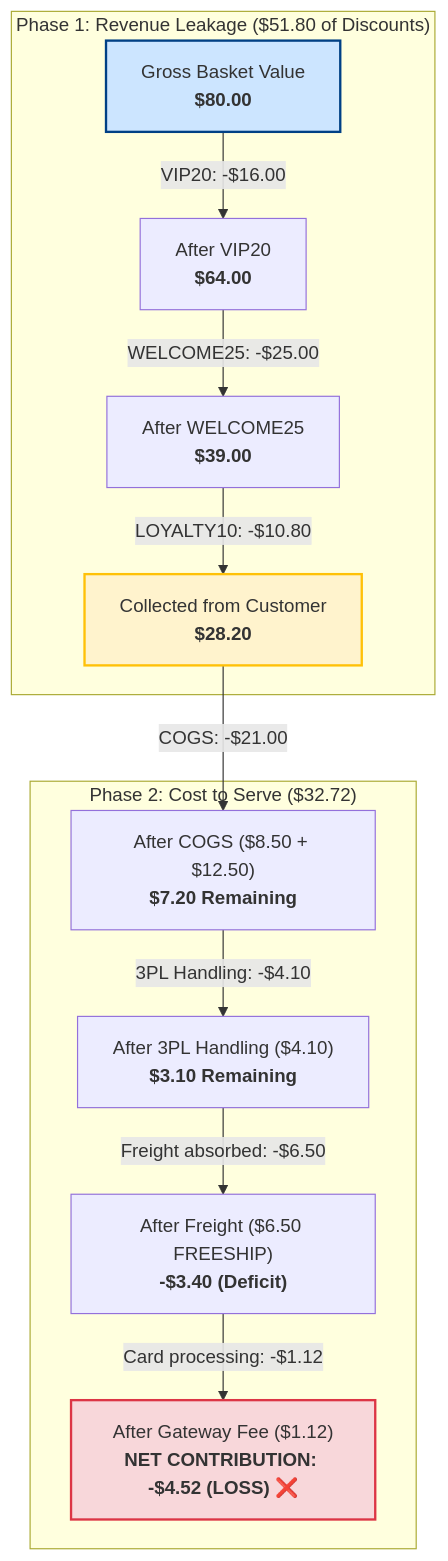
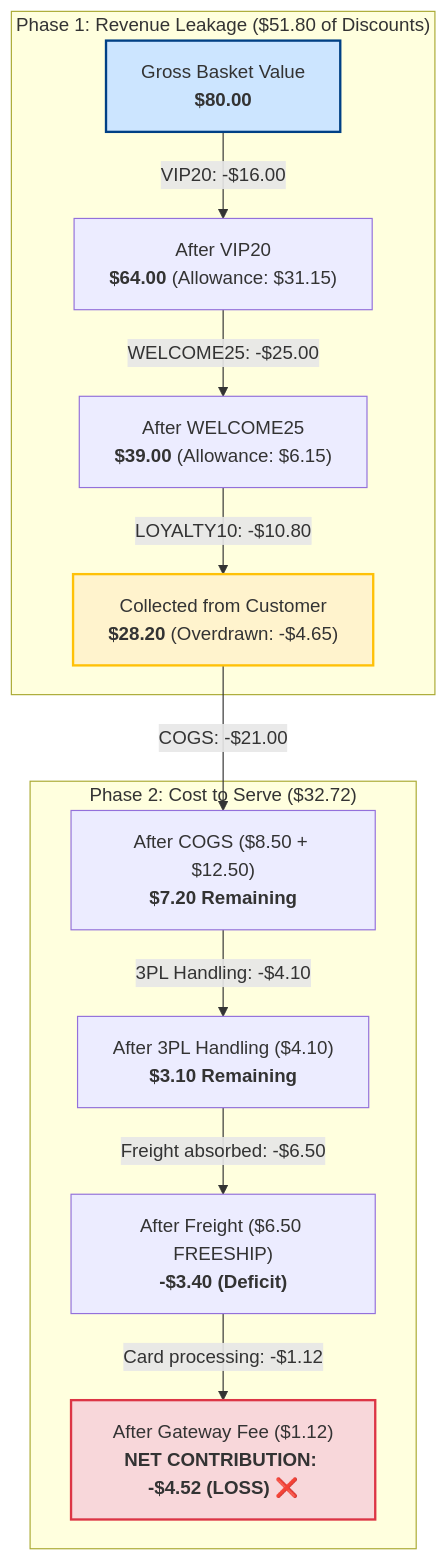
The fifth of 6 diagrams in domain-5-technical-diagnosis/MasterDossier-Domain5-MarginDefenseAndCartDiagnostics.md (riovicsusas/portfolio), drawn with Mermaid before and after one commit. The commit also changed other lines of this file, not shown here.

````diff
--- a/domain-5-technical-diagnosis/MasterDossier-Domain5-MarginDefenseAndCartDiagnostics.md
+++ b/domain-5-technical-diagnosis/MasterDossier-Domain5-MarginDefenseAndCartDiagnostics.md
@@ -353,28 +375,28 @@
 ```mermaid
 flowchart TD
     subgraph P1["Phase 1: Revenue Leakage ($51.80 of Discounts)"]
         G["Gross Basket Value<br/><b>$80.00</b>"]
-        A["After VIP20<br/><b>$64.00</b>"]
-        B["After WELCOME25<br/><b>$39.00</b>"]
-        C["Collected from Customer<br/><b>$28.20</b>"]
+        A["After VIP20<br/><b>$64.00</b> (Allowance: $31.15)"]
+        B["After WELCOME25<br/><b>$39.00</b> (Allowance: $6.15)"]
+        C["Collected from Customer<br/><b>$28.20</b> (Overdrawn: -$4.65)"]
     end
 
     subgraph P2["Phase 2: Cost to Serve ($32.72)"]
         D["After COGS ($8.50 + $12.50)<br/><b>$7.20 Remaining</b>"]
         E["After 3PL Handling ($4.10)<br/><b>$3.10 Remaining</b>"]
         F["After Freight ($6.50 FREESHIP)<br/><b>-$3.40 (Deficit)</b>"]
         Z["After Gateway Fee ($1.12)<br/><b>NET CONTRIBUTION: -$4.52 (LOSS) ❌</b>"]
     end
 
     G -->|"VIP20: -$16.00"| A
     A -->|"WELCOME25: -$25.00"| B
     B -->|"LOYALTY10: -$10.80"| C
     C -->|"COGS: -$21.00"| D
     D -->|"3PL Handling: -$4.10"| E
     E -->|"Freight absorbed: -$6.50"| F
     F -->|"Card processing: -$1.12"| Z
 
     style G fill:#cce5ff,stroke:#004085,stroke-width:2px;
     style C fill:#fff3cd,stroke:#ffc107,stroke-width:2px;
     style Z fill:#f8d7da,stroke:#dc3545,stroke-width:2px;
 ```
````
